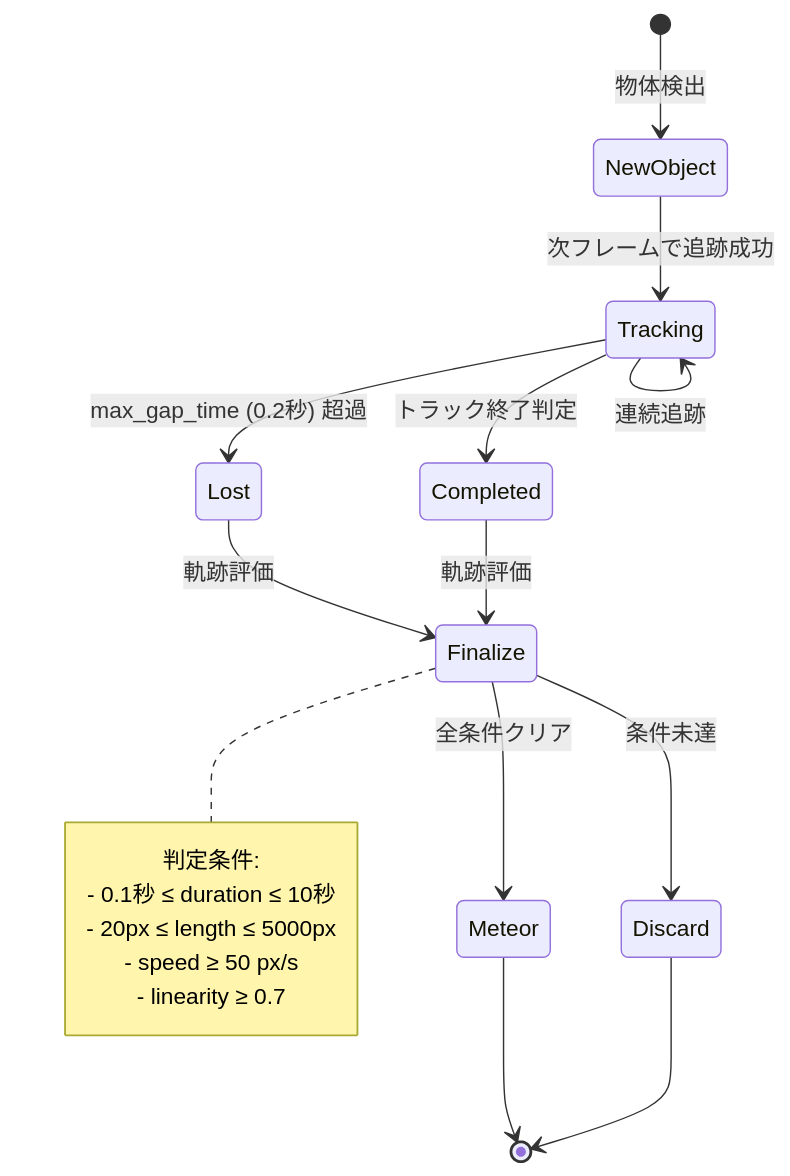
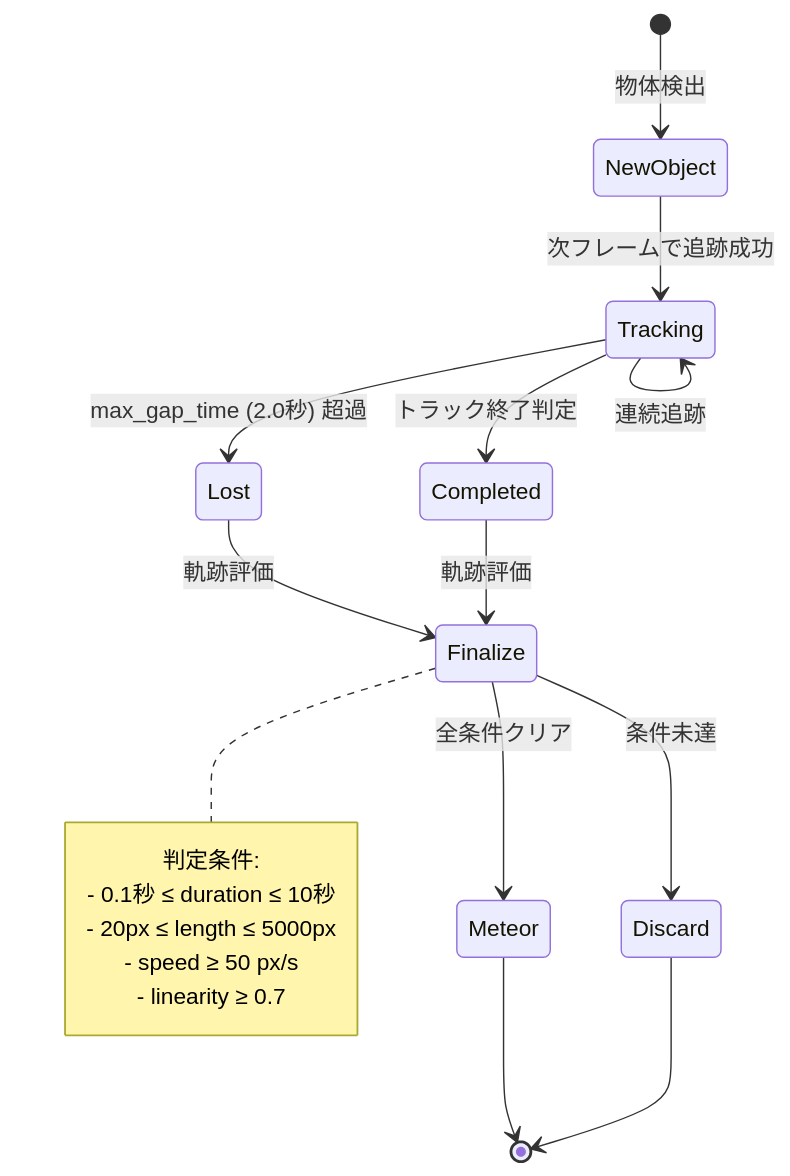
Before and after one commit to Masakai/meteo: the sixth of 12 diagrams in documents/DETECTOR_COMPONENTS.md, drawn with Mermaid. The commit also changed other lines of this file and 9 other files, not shown here.

````diff
--- a/documents/DETECTOR_COMPONENTS.md
+++ b/documents/DETECTOR_COMPONENTS.md
@@ -267,24 +269,24 @@
 ```mermaid
 stateDiagram-v2
     [*] --> NewObject: 物体検出
     NewObject --> Tracking: 次フレームで追跡成功
     Tracking --> Tracking: 連続追跡
-    Tracking --> Lost: max_gap_time (0.2秒) 超過
+    Tracking --> Lost: max_gap_time (2.0秒) 超過
     Tracking --> Completed: トラック終了判定
     Lost --> Finalize: 軌跡評価
     Completed --> Finalize: 軌跡評価
 
     Finalize --> Meteor: 全条件クリア
     Finalize --> Discard: 条件未達
 
     Meteor --> [*]
     Discard --> [*]
 
     note right of Finalize
         判定条件:
         - 0.1秒 ≤ duration ≤ 10秒
         - 20px ≤ length ≤ 5000px
         - speed ≥ 50 px/s
         - linearity ≥ 0.7
     end note
 ```
````
